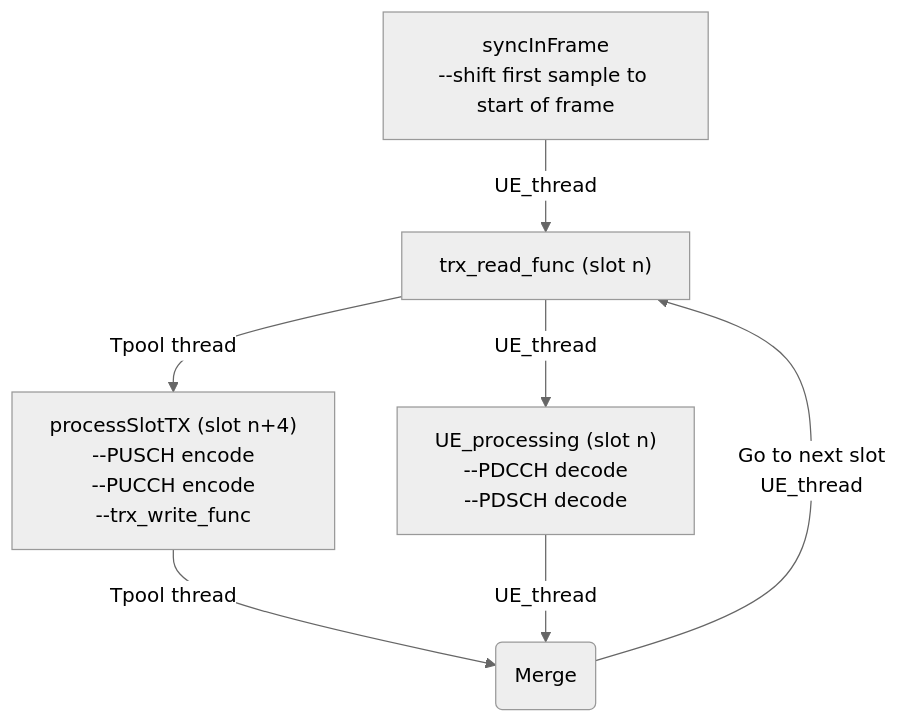
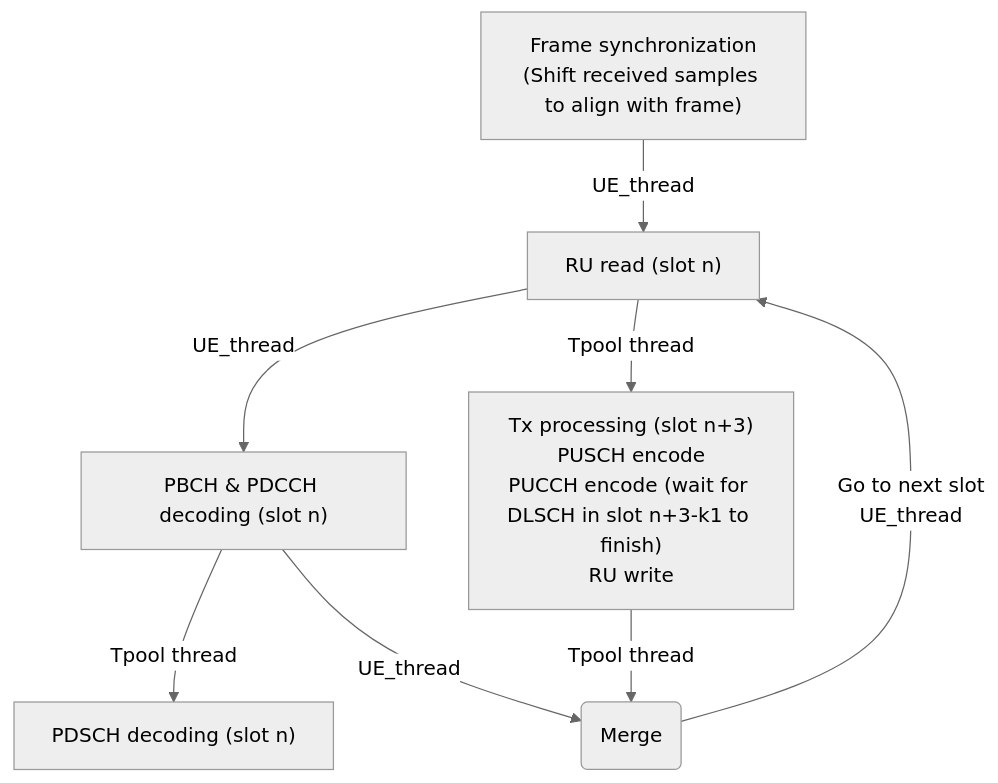
One commit to NgKore47/Liteon-ngKore-msgq changed the third of 3 diagrams in doc/nr-ue-design.md. Above: the diagram before and after it, drawn with Mermaid (neutral theme). The commit also changed other lines of this file and 1277 other files, not shown here.

````diff
--- a/doc/nr-ue-design.md
+++ b/doc/nr-ue-design.md
@@ -26,9 +26,10 @@
 ```mermaid
 graph TD
-    E[syncInFrame<br/>--shift first sample to start of frame] -->|UE_thread| F["trx_read_func (slot n)"]
-    F --> |Tpool thread| G["processSlotTX (slot n+4)<br/>--PUSCH encode<br/>--PUCCH encode<br/>--trx_write_func"]
-    F --> |UE_thread| H["UE_processing (slot n)<br/>--PDCCH decode<br/>--PDSCH decode"]
-    G --> |Tpool thread| I(Merge)
-    H --> |UE_thread| I(Merge)
-    I --> |Go to next slot<br/>UE_thread| F
+    sync["Frame synchronization<br/>(Shift received samples to align with frame)"] -->|UE_thread| hw_read["RU read (slot n)"]
+    hw_read --> |UE_thread| rxPreProc["PBCH & PDCCH decoding (slot n)"]
+    hw_read --> |Tpool thread| txProc["Tx processing (slot n+3)<br/>PUSCH encode<br/>PUCCH encode (wait for DLSCH in slot n+3-k1 to finish)<br/>RU write"]
+    rxPreProc --> |Tpool thread| rxProc["PDSCH decoding (slot n)"]
+    rxPreProc --> |UE_thread| join(Merge)
+    txProc --> |Tpool thread| join
+    join --> |Go to next slot<br/>UE_thread| hw_read
 ```
````
